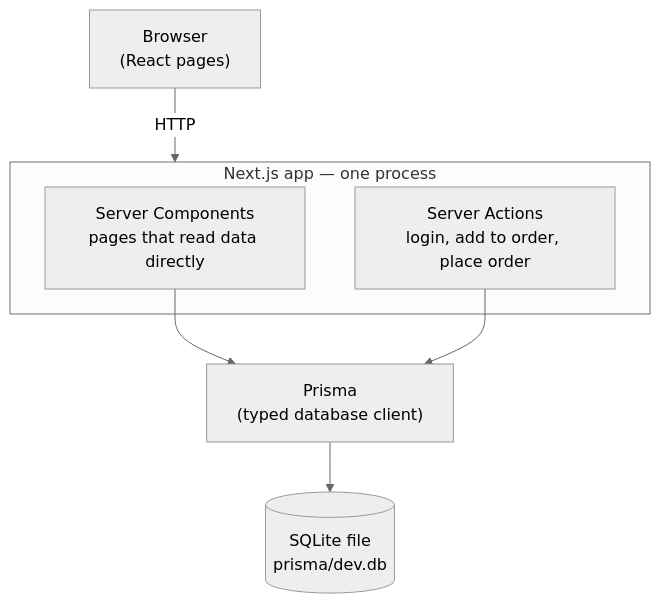
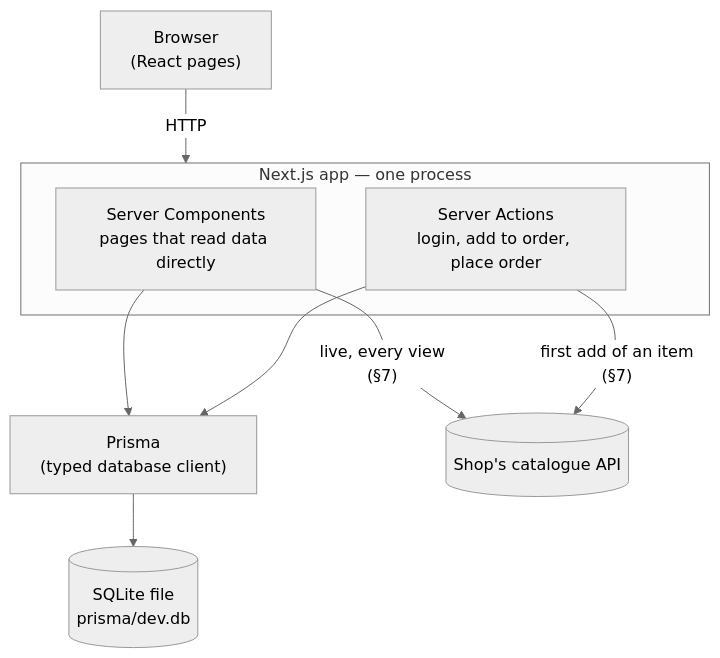
The first of 2 diagrams in architecture.md (kaushikvikash96/my-furniture-buyer-app), drawn with Mermaid (neutral theme) before and after one commit. The commit also changed other lines of this file and 14 other files, not shown here.

Commit message:
Connect app to the real furniture-shop API

````diff
--- a/architecture.md
+++ b/architecture.md
@@ -13,13 +13,15 @@
 ```mermaid
 flowchart TD
     B["Browser<br/>(React pages)"] -->|"HTTP"| N
 
     subgraph N["Next.js app — one process"]
         SC["Server Components<br/>pages that read data directly"]
         SA["Server Actions<br/>login, add to order, place order"]
     end
 
     SC --> P["Prisma<br/>(typed database client)"]
     SA --> P
     P --> DB[("SQLite file<br/>prisma/dev.db")]
+    SC -->|"live, every view<br/>(§7)"| API[("Shop's catalogue API")]
+    SA -->|"first add of an item<br/>(§7)"| API
 ```
````
